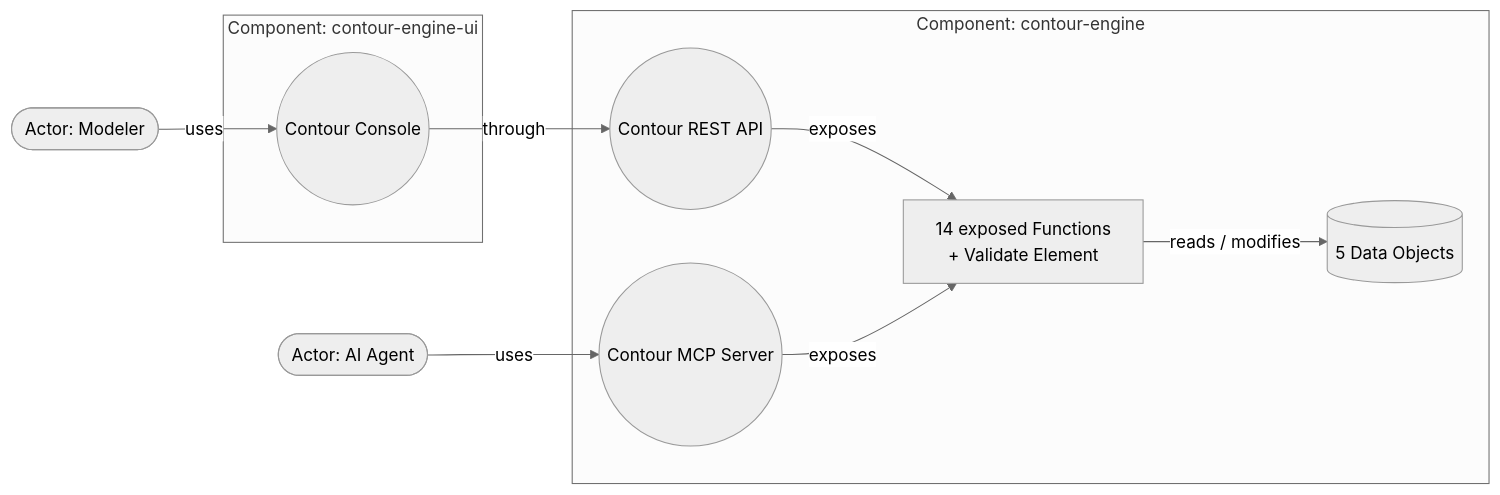
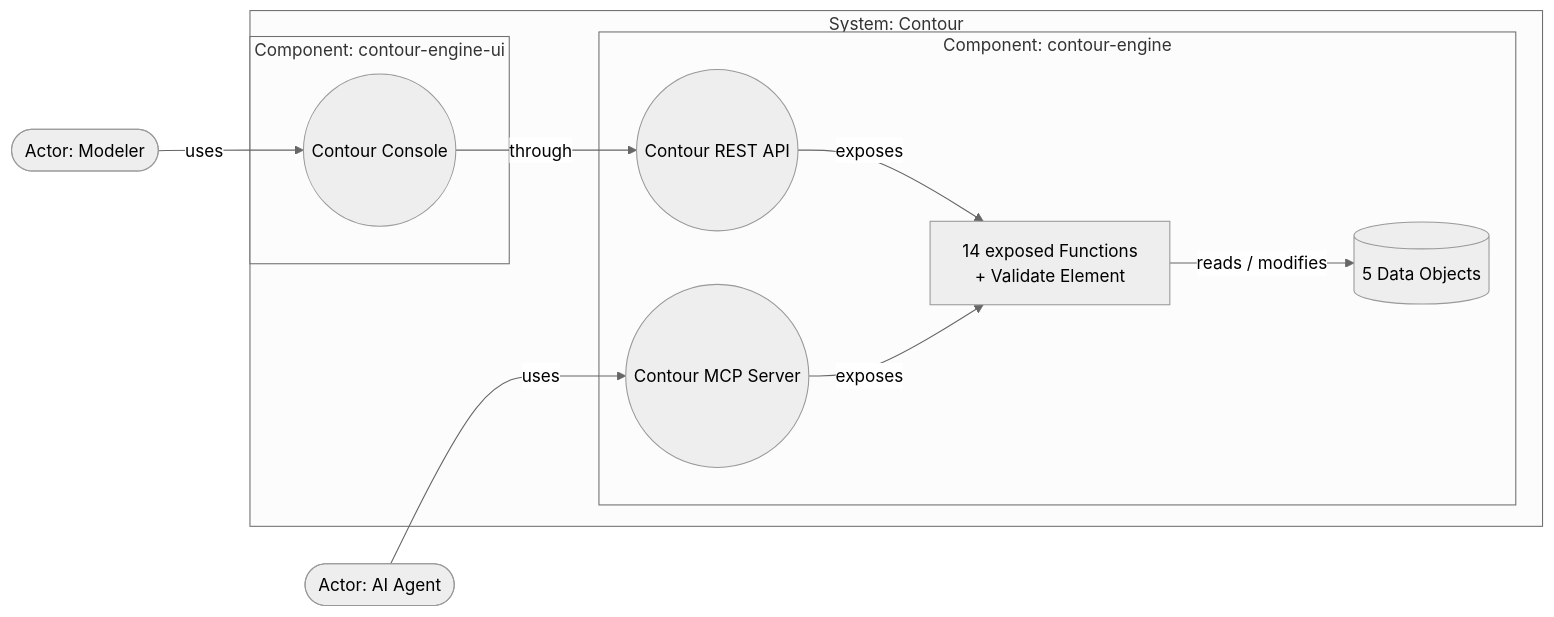
The diagram in contour-v0.5-notes.md (mykhailo-kulish/contour), drawn with Mermaid (neutral theme) before and after one commit. The commit also changed other lines of this file and 4 other files, not shown here.

````diff
--- a/contour-v0.5-notes.md
+++ b/contour-v0.5-notes.md
@@ -121,20 +73,22 @@
 ```mermaid
 graph LR
     Modeler([Actor: Modeler])
     Agent([Actor: AI Agent])
-    subgraph UI [Component: contour-engine-ui]
-        Console(("Contour Console"))
-    end
-    subgraph Engine [Component: contour-engine]
-        REST(("Contour REST API"))
-        MCP(("Contour MCP Server"))
-        Fns["14 exposed Functions<br/>+ Validate Element"]
-        Data[(5 Data Objects)]
+    subgraph Contour [System: Contour]
+        subgraph UI [Component: contour-engine-ui]
+            Console(("Contour Console"))
+        end
+        subgraph Engine [Component: contour-engine]
+            REST(("Contour REST API"))
+            MCP(("Contour MCP Server"))
+            Fns["14 exposed Functions<br/>+ Validate Element"]
+            Data[(5 Data Objects)]
+        end
     end
     Modeler -->|uses| Console
     Agent -->|uses| MCP
     Console -->|through| REST
     REST -->|exposes| Fns
     MCP -->|exposes| Fns
     Fns -->|reads / modifies| Data
 ```
````
